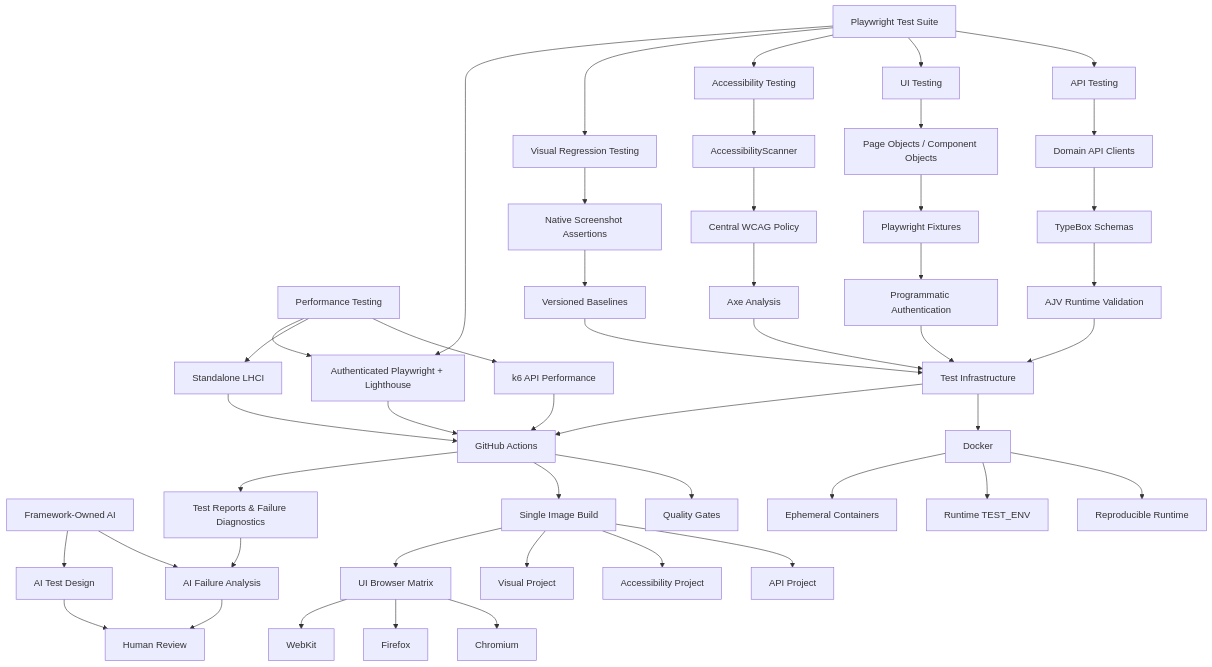
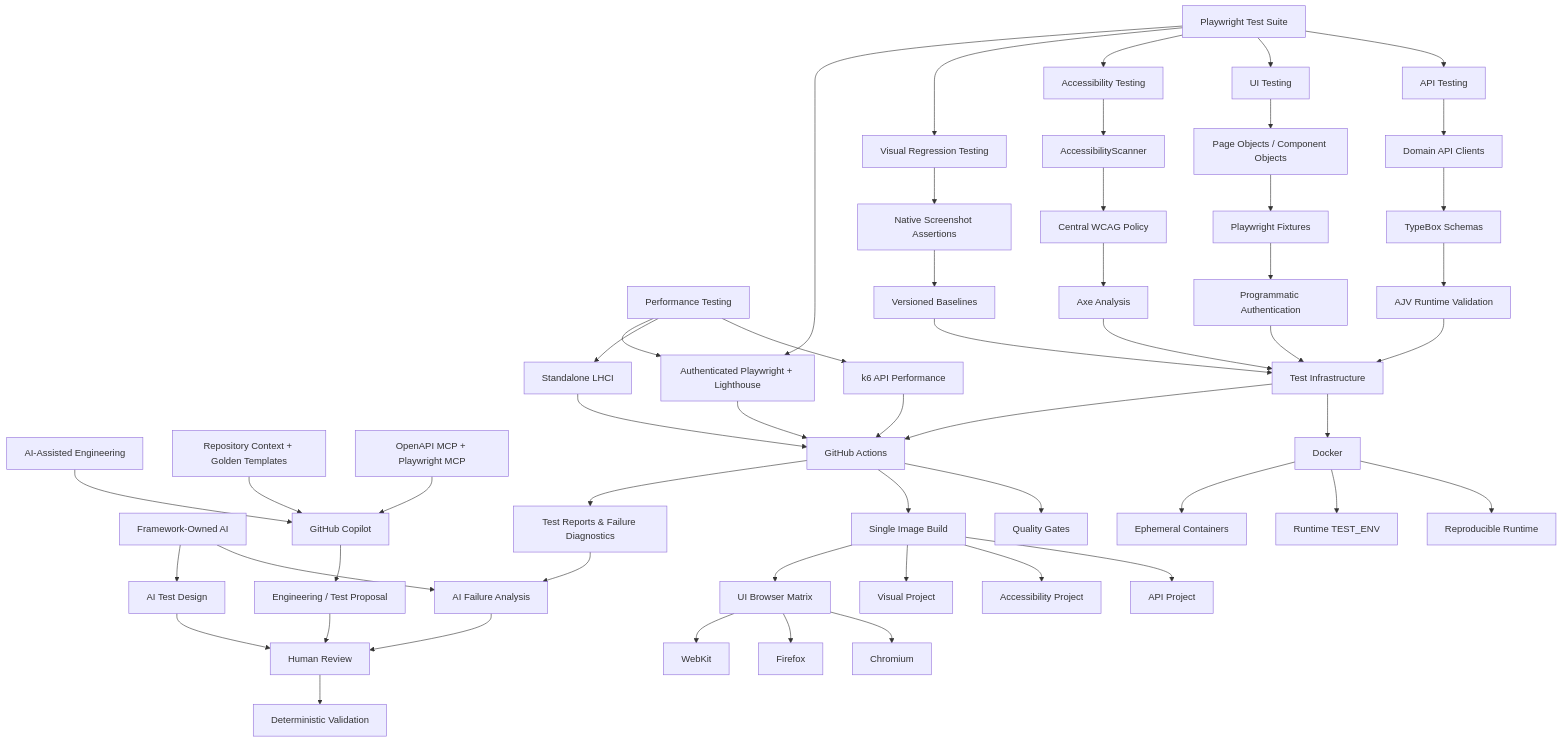
The diagram in README.md (szabihudak/szabihudak-template-SDET-framework), drawn with Mermaid before and after one commit. The commit also changed other lines of this file, not shown here.

````diff
--- a/README.md
+++ b/README.md
@@ -47,6 +47,12 @@
     AIFA[AI Failure Analysis]
     AITD[AI Test Design]
     HUMAN[Human Review]
+    AIE[AI-Assisted Engineering]
+    COPILOT[GitHub Copilot]
+    CONTEXT[Repository Context + Golden Templates]
+    MCP[OpenAPI MCP + Playwright MCP]
+    PROPOSAL[Engineering / Test Proposal]
+    VALIDATE[Deterministic Validation]
 
     A --> B[API Testing]
     A --> C[UI Testing]
@@ -109,4 +115,11 @@
     AIFA --> HUMAN
 
     AITD --> HUMAN
+
+    AIE --> COPILOT
+    CONTEXT --> COPILOT
+    MCP --> COPILOT
+    COPILOT --> PROPOSAL
+    PROPOSAL --> HUMAN
+    HUMAN --> VALIDATE
 ```
````
